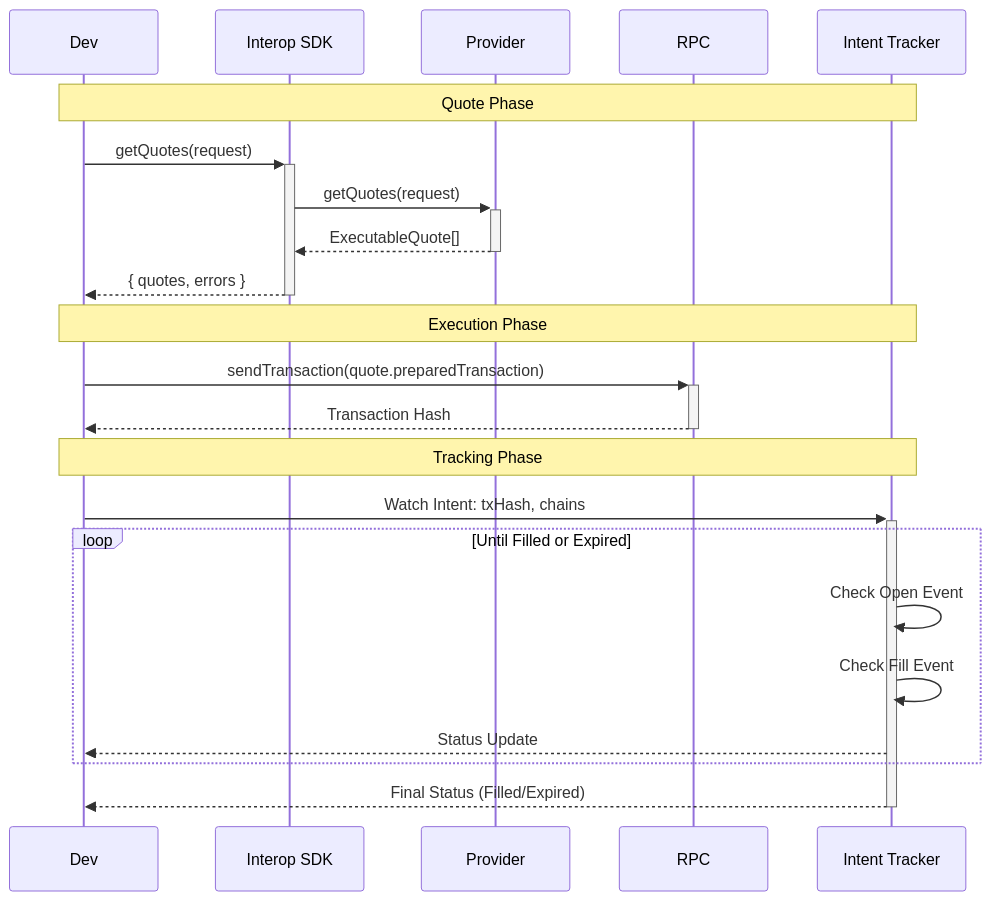
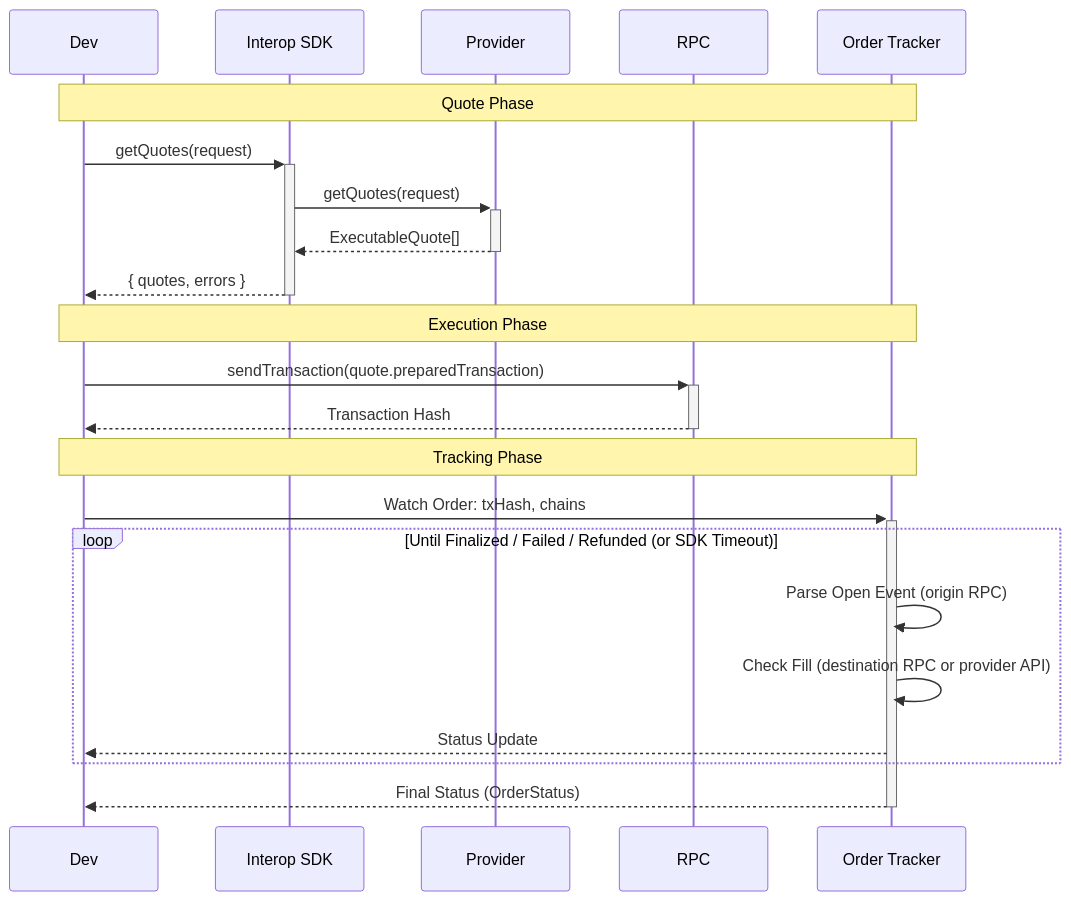
Before and after one commit to defi-wonderland/interop-sdk: the diagram in apps/docs/docs/cross-chain/flow.md, drawn with Mermaid. The commit also changed other lines of this file and 8 other files, not shown here.

````diff
--- a/apps/docs/docs/cross-chain/flow.md
+++ b/apps/docs/docs/cross-chain/flow.md
@@ -7,27 +7,27 @@
 ```mermaid
 sequenceDiagram
     participant dev as Dev
     participant sdk as Interop SDK
     participant provider as Provider
     participant rpc as RPC
-    participant tracker as Intent Tracker
+    participant tracker as Order Tracker
 
     Note over dev,tracker: Quote Phase
     dev->>+sdk: getQuotes(request)
     sdk->>+provider: getQuotes(request)
     provider-->>-sdk: ExecutableQuote[]
     sdk-->>-dev: { quotes, errors }
 
     Note over dev,tracker: Execution Phase
     dev->>+rpc: sendTransaction(quote.preparedTransaction)
     rpc-->>-dev: Transaction Hash
 
     Note over dev,tracker: Tracking Phase
-    dev->>+tracker: Watch Intent: txHash, chains
-    loop Until Filled or Expired
-        tracker->>tracker: Check Open Event
-        tracker->>tracker: Check Fill Event
+    dev->>+tracker: Watch Order: txHash, chains
+    loop Until Finalized / Failed / Refunded (or SDK Timeout)
+        tracker->>tracker: Parse Open Event (origin RPC)
+        tracker->>tracker: Check Fill (destination RPC or provider API)
         tracker-->>dev: Status Update
     end
-    tracker-->>-dev: Final Status (Filled/Expired)
+    tracker-->>-dev: Final Status (OrderStatus)
 ```
````
